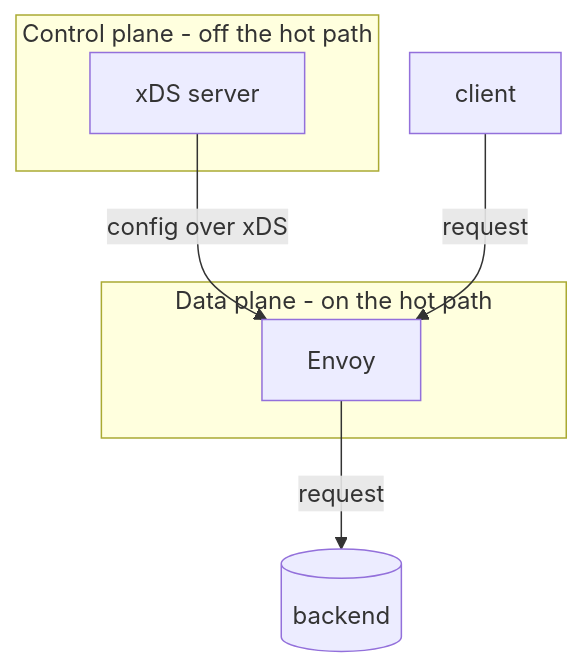
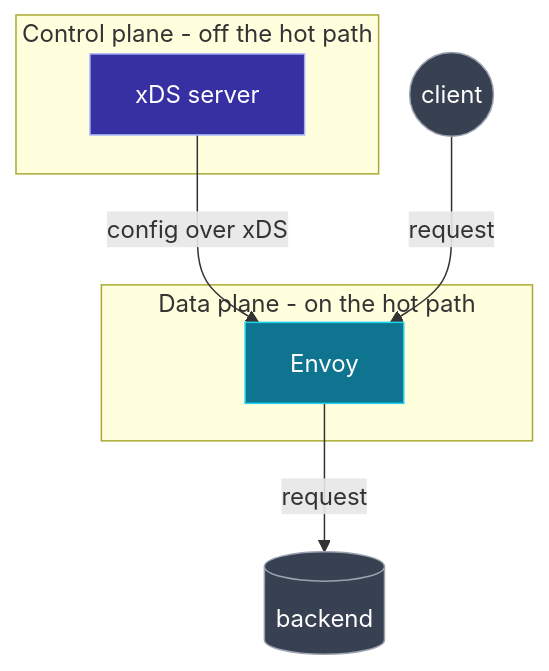
One commit to 0-draft/envoy-xds-deep-dive changed the first of 2 diagrams in docs/00-prerequisites/README.md. Above: the diagram before and after it, drawn with Mermaid. The commit also changed other lines of this file and 27 other files, not shown here.

First line of the commit message:
docs: semantic color, distinct shapes, and a11y metadata for all mermaid diagrams

````diff
--- a/docs/00-prerequisites/README.md
+++ b/docs/00-prerequisites/README.md
@@ -48,11 +48,19 @@
 ```mermaid
 flowchart TB
+    accTitle: Control plane vs data plane
+    accDescr: The control-plane xDS server configures Envoy over xDS, off the request hot path. The client sends requests through Envoy to the backend, on the hot path.
     subgraph control[Control plane - off the hot path]
         cp[xDS server]
     end
     subgraph data[Data plane - on the hot path]
         envoy[Envoy]
     end
     cp -- "config over xDS" --> envoy
-    client[client] -- request --> envoy -- request --> backend[(backend)]
+    client((client)) -- request --> envoy -- request --> backend[(backend)]
+    class cp cp
+    class envoy envoy
+    class client,backend ext
+    classDef cp fill:#3730a3,stroke:#a5b4fc,color:#fff
+    classDef envoy fill:#0e7490,stroke:#22d3ee,color:#fff
+    classDef ext fill:#374151,stroke:#9ca3af,color:#fff
 ```
````
